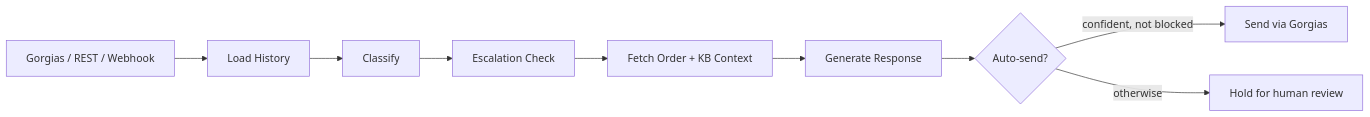
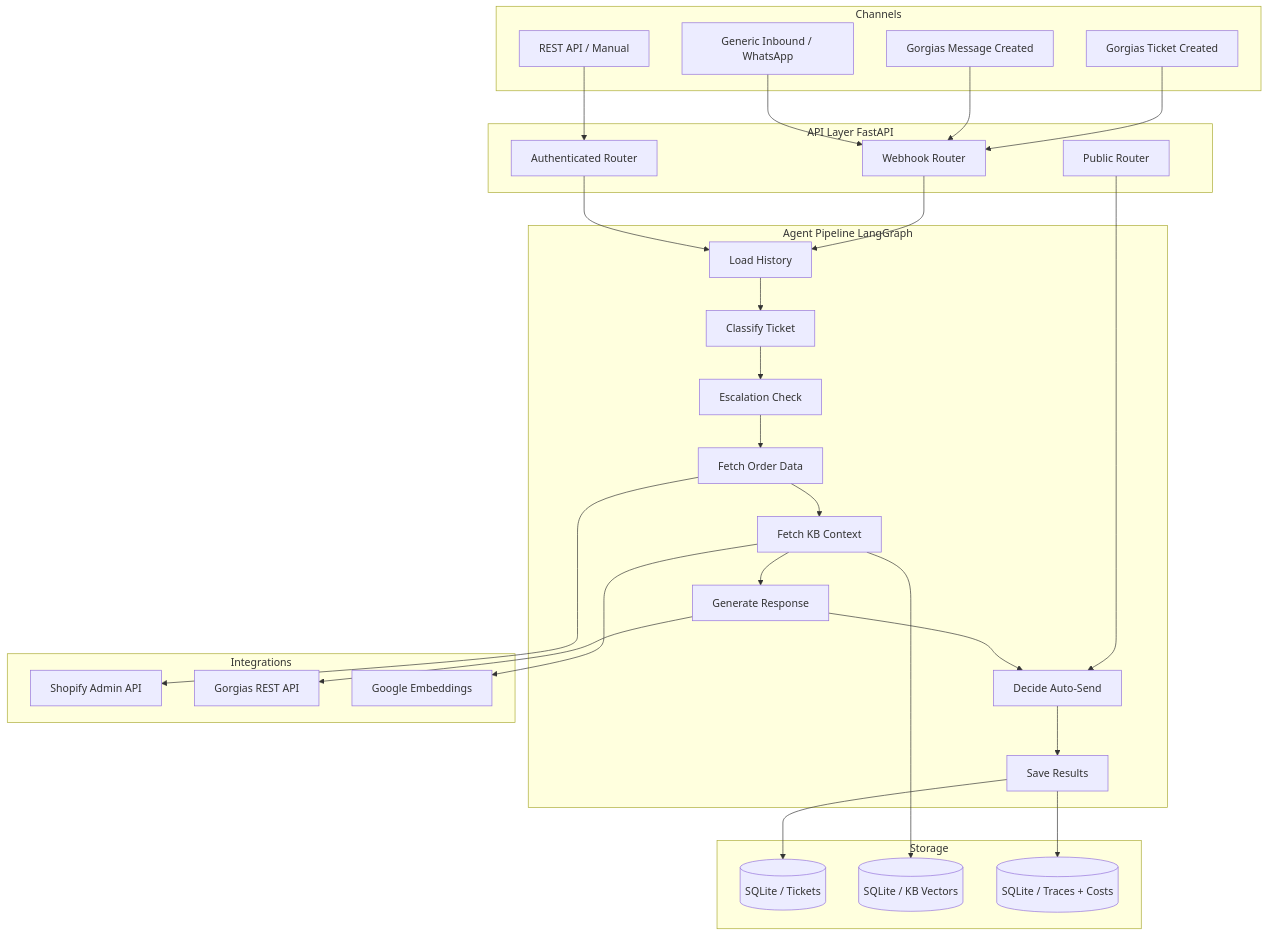
The first of 4 diagrams in README.md (Ismail-2001/AI-support-operations-platform-for-Shopify-stores), drawn with Mermaid before and after one commit. The commit also changed other lines of this file, not shown here.

````diff
--- a/README.md
+++ b/README.md
@@ -42,11 +150,55 @@
 ```mermaid
-graph LR
-    A[Gorgias / REST / Webhook] --> B[Load History]
-    B --> C[Classify]
-    C --> D[Escalation Check]
-    D --> E[Fetch Order + KB Context]
-    E --> F[Generate Response]
-    F --> G{Auto-send?}
-    G -->|confident, not blocked| H[Send via Gorgias]
-    G -->|otherwise| I[Hold for human review]
+graph TB
+    subgraph Channels
+        A[Gorgias Ticket Created]
+        B[Gorgias Message Created]
+        C[REST API / Manual]
+        D[Generic Inbound / WhatsApp]
+    end
+
+    subgraph "API Layer FastAPI"
+        E[Webhook Router]
+        F[Authenticated Router]
+        G[Public Router]
+    end
+
+    subgraph "Agent Pipeline LangGraph"
+        H[Load History]
+        I[Classify Ticket]
+        J[Escalation Check]
+        K[Fetch Order Data]
+        L[Fetch KB Context]
+        M[Generate Response]
+        N[Decide Auto-Send]
+        O[Save Results]
+    end
+
+    subgraph Integrations
+        P[Shopify Admin API]
+        Q[Gorgias REST API]
+        R[Google Embeddings]
+    end
+
+    subgraph Storage
+        S[(SQLite / Tickets)]
+        T[(SQLite / KB Vectors)]
+        U[(SQLite / Traces + Costs)]
+    end
+
+    A --> E
+    B --> E
+    C --> F
+    D --> E
+    E --> H
+    F --> H
+    G --> N
+
+    H --> I --> J --> K --> L --> M --> N --> O
+
+    K --> P
+    M --> Q
+    L --> R
+    O --> S
+    O --> U
+    L --> T
 ```
````
